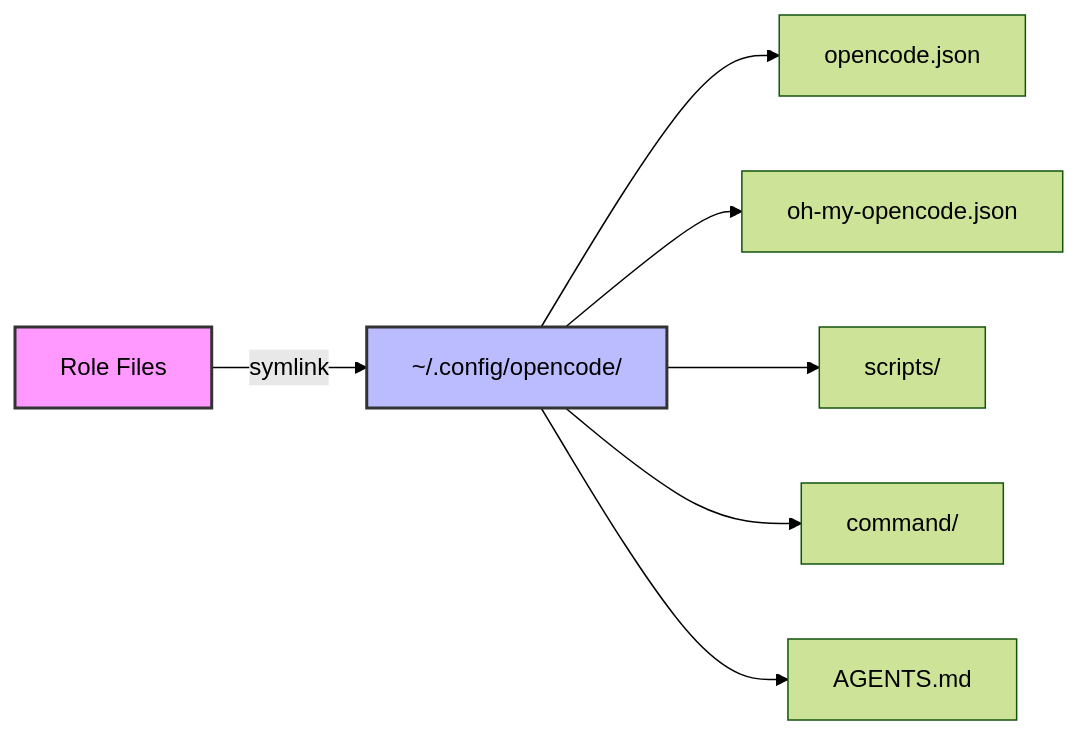
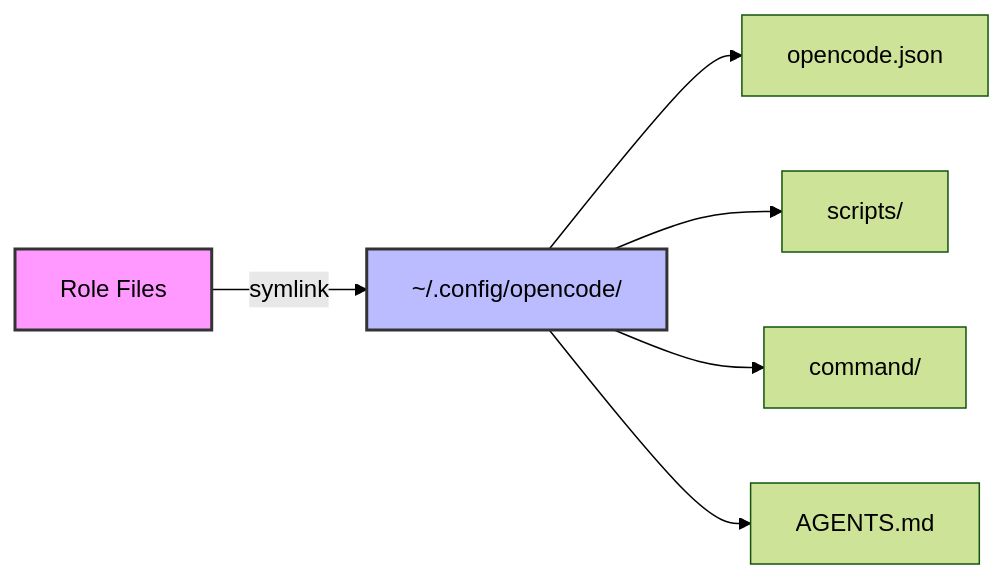
The first of 2 diagrams in dotfiles/roles/opencode/README.md (uarslandev/infra), drawn with Mermaid (forest theme) before and after one commit. The commit also changed other lines of this file and 2 other files, not shown here.

Commit message:
chore(opencode): remove managed plugin overrides
Remove the override file and its obsolete deployment tasks and
documentation. Keep the plugin enabled in the main configuration.

Reproduced the old dangling-link behavior in a temporary directory.
Verified role syntax and retained config symlink creation, with an
idempotent second run. No live role deployment was performed.

````diff
--- a/dotfiles/roles/opencode/README.md
+++ b/dotfiles/roles/opencode/README.md
@@ -29,12 +29,11 @@
 ```mermaid
 graph LR
     A[Role Files] -->|symlink| B[~/.config/opencode/]
     B --> C[opencode.json]
-    B --> D[oh-my-opencode.json]
     B --> E[scripts/]
     B --> F[command/]
     B --> G[AGENTS.md]
 
     style A fill:#f9f,stroke:#333,stroke-width:2px
     style B fill:#bbf,stroke:#333,stroke-width:2px
 ```
````
